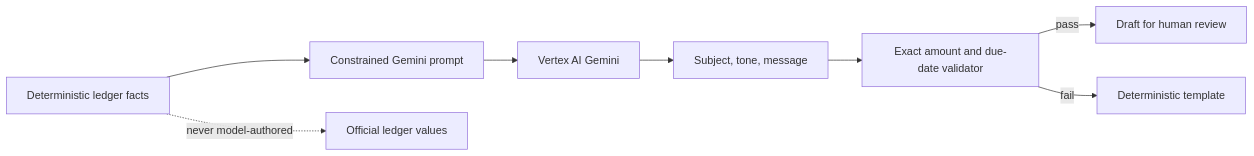
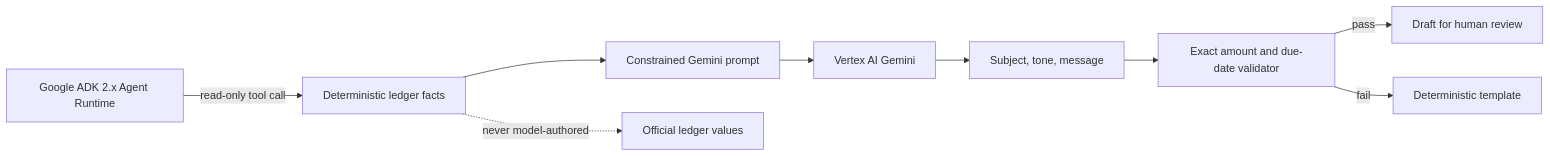
The diagram in docs/agent-framework.md (SheeshDarth/fee-finance-agent), drawn with Mermaid before and after one commit. The commit also changed other lines of this file and 17 other files, not shown here.

Commit message:
Add ADK runtime packaging and company deployment runbook

```diff
--- a/docs/agent-framework.md
+++ b/docs/agent-framework.md
@@ -15,10 +15,11 @@
 ~~~mermaid
 flowchart LR
+  ADK[Google ADK 2.x Agent Runtime] -->|read-only tool call| Facts
   Facts["Deterministic ledger facts"] --> Prompt["Constrained Gemini prompt"]
   Prompt --> Model["Vertex AI Gemini"]
   Model --> Draft["Subject, tone, message"]
   Draft --> Guard["Exact amount and due-date validator"]
   Guard -->|pass| Review["Draft for human review"]
   Guard -->|fail| Fallback["Deterministic template"]
   Facts -. never model-authored .-> Ledger["Official ledger values"]
 ~~~
```
